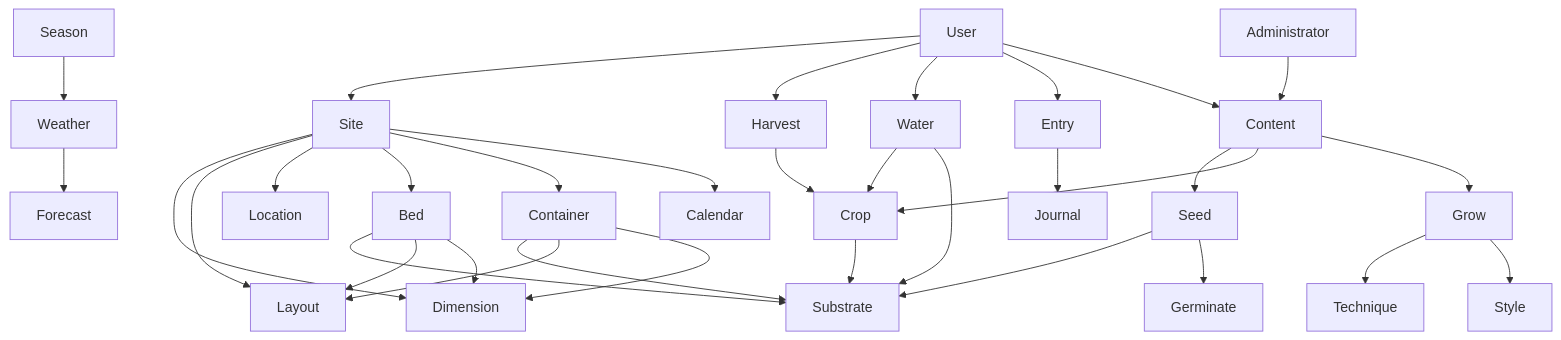
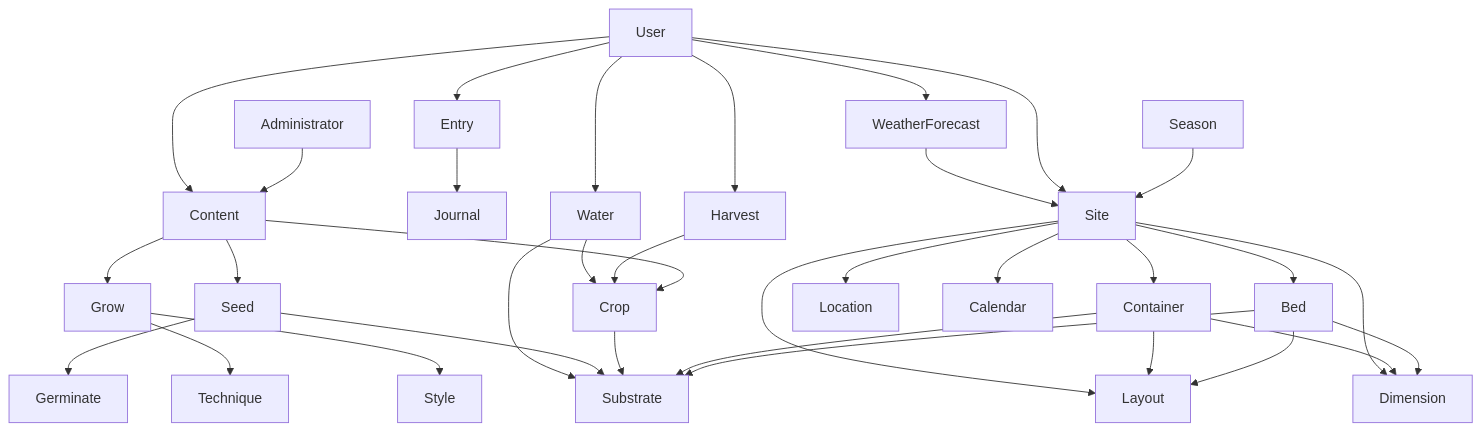
One commit to Kalk88/GrowBud changed the diagram in documentation/diagrams/domain-model.mmd. Above: the diagram before and after it, drawn with Mermaid.

Commit message:
Reorder the diagram components in alphabetical order
To improve readability and searchability.

```diff
--- a/documentation/diagrams/domain-model.mmd
+++ b/documentation/diagrams/domain-model.mmd
@@ -1,33 +1,34 @@
 graph TD;
-User-->Site;
-User-->Harvest;
-User-->Water;
-User-->Entry;
-User-->Content;
+Administrator-->Content;
+Bed-->Substrate;
+Bed-->Layout;
+Bed-->Dimension;
+Content-->Seed;
+Content-->Crop;
+Content-->Grow;
+Container-->Substrate;
+Container-->Layout;
+Container-->Dimension;
+Crop-->Substrate;
+Entry-->Journal;
+Grow-->Technique;
+Grow-->Style;
 Harvest-->Crop;
-Water-->Crop;
-Administrator-->Content;
 Site-->Dimension;
 Site-->Layout;
 Site-->Location;
 Site-->Bed;
 Site-->Container;
 Site-->Calendar;
-Container-->Substrate;
-Container-->Layout;
-Container-->Dimension;
-Bed-->Substrate;
-Bed-->Layout;
-Bed-->Dimension;
-Grow-->Technique;
-Grow-->Style;
+Season-->Site;
 Seed-->Substrate;
 Seed-->Germinate;
-Crop-->Substrate;
+User-->Site;
+User-->Harvest;
+User-->Water;
+User-->Entry;
+User-->Content;
+User-->WeatherForecast;
+WeatherForecast-->Site;
+Water-->Crop;
 Water-->Substrate;
-Weather-->Forecast;
-Season-->Weather;
-Entry-->Journal;
-Content-->Seed;
-Content-->Crop;
-Content-->Grow;
```
